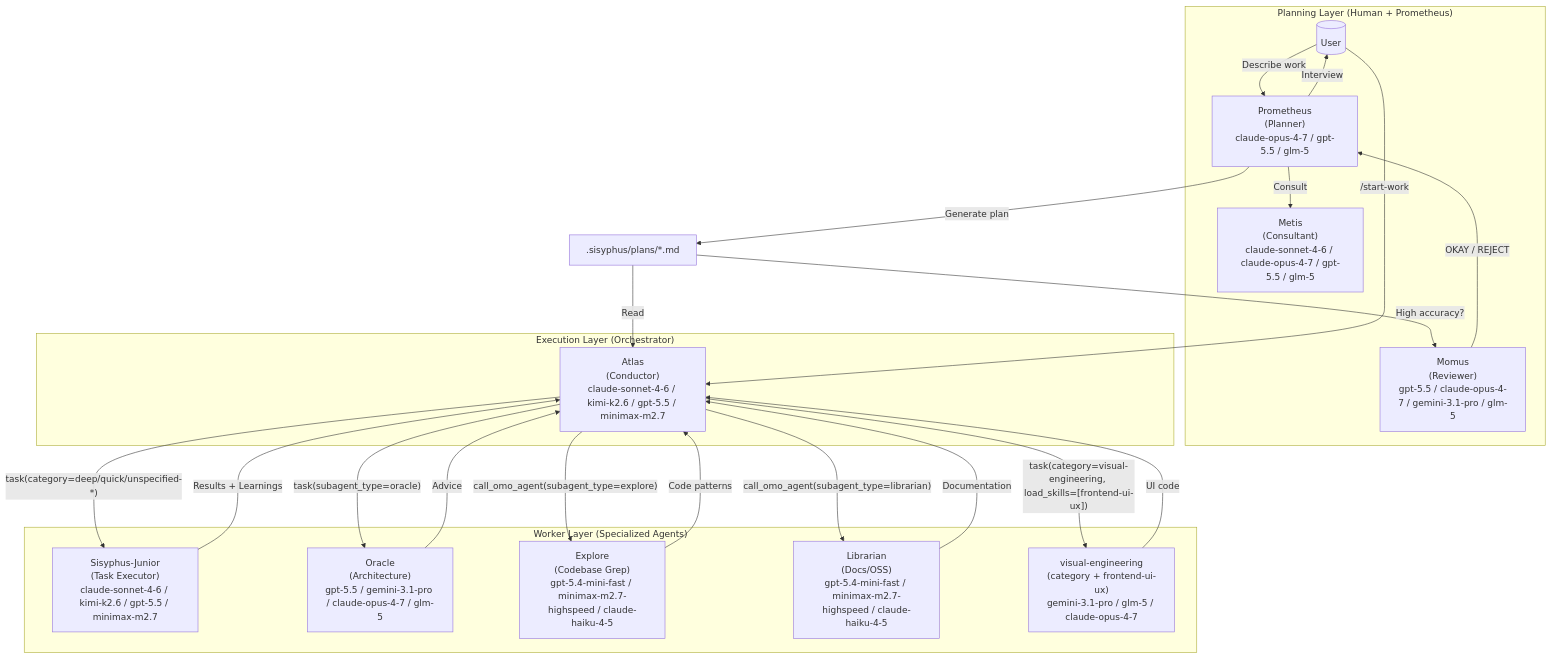
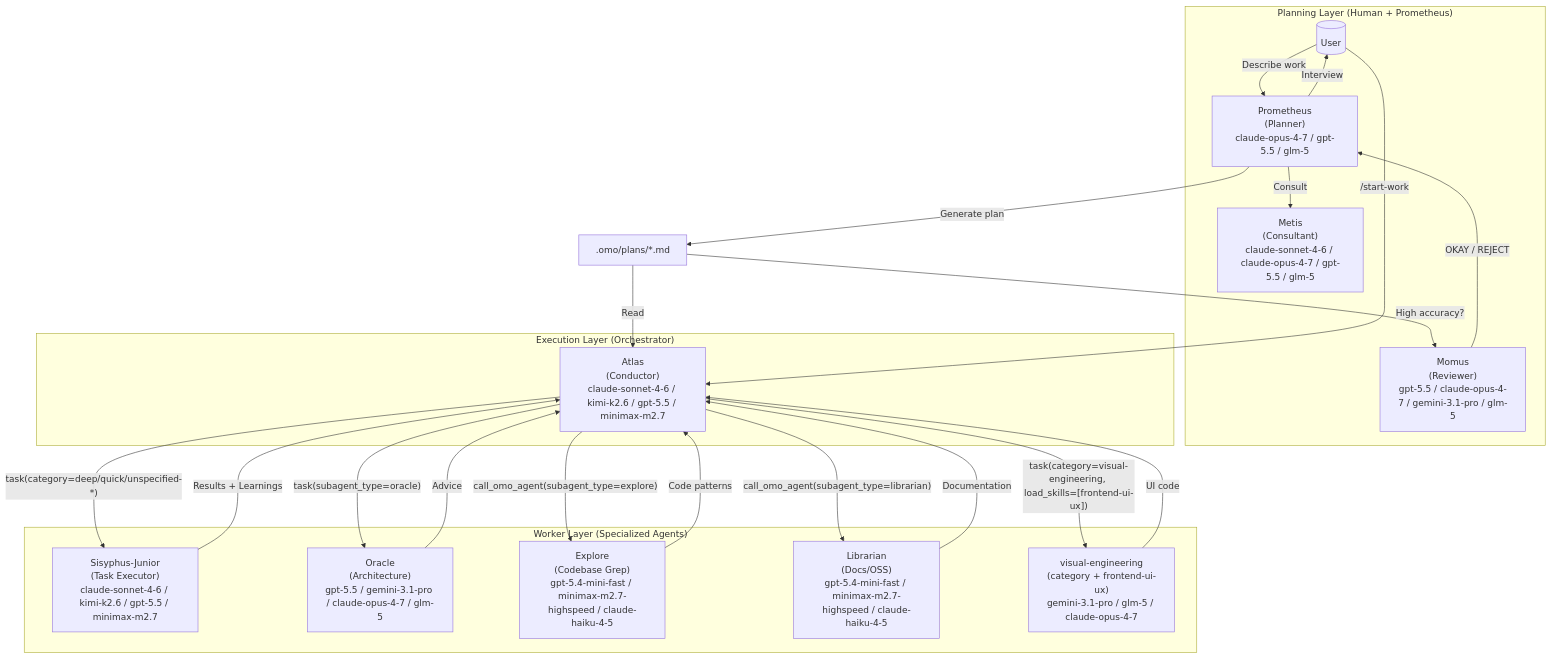
The first of 3 diagrams in docs/guide/orchestration.md (code-yeongyu/oh-my-openagent), drawn with Mermaid before and after one commit. The commit also changed other lines of this file and 13 other files, not shown here.

````diff
--- a/docs/guide/orchestration.md
+++ b/docs/guide/orchestration.md
@@ -34,43 +34,43 @@
 ```mermaid
 flowchart TB
     subgraph Planning["Planning Layer (Human + Prometheus)"]
         User[(" User")]
         Prometheus[" Prometheus<br/>(Planner)<br/>claude-opus-4-7 / gpt-5.5 / glm-5"]
         Metis[" Metis<br/>(Consultant)<br/>claude-sonnet-4-6 / claude-opus-4-7 / gpt-5.5 / glm-5"]
         Momus[" Momus<br/>(Reviewer)<br/>gpt-5.5 / claude-opus-4-7 / gemini-3.1-pro / glm-5"]
     end
 
     subgraph Execution["Execution Layer (Orchestrator)"]
         Orchestrator[" Atlas<br/>(Conductor)<br/>claude-sonnet-4-6 / kimi-k2.6 / gpt-5.5 / minimax-m2.7"]
     end
 
     subgraph Workers["Worker Layer (Specialized Agents)"]
         Junior[" Sisyphus-Junior<br/>(Task Executor)<br/>claude-sonnet-4-6 / kimi-k2.6 / gpt-5.5 / minimax-m2.7"]
         Oracle[" Oracle<br/>(Architecture)<br/>gpt-5.5 / gemini-3.1-pro / claude-opus-4-7 / glm-5"]
         Explore[" Explore<br/>(Codebase Grep)<br/>gpt-5.4-mini-fast / minimax-m2.7-highspeed / claude-haiku-4-5"]
         Librarian[" Librarian<br/>(Docs/OSS)<br/>gpt-5.4-mini-fast / minimax-m2.7-highspeed / claude-haiku-4-5"]
         Frontend[" visual-engineering<br/>(category + frontend-ui-ux)<br/>gemini-3.1-pro / glm-5 / claude-opus-4-7"]
     end
 
     User -->|"Describe work"| Prometheus
     Prometheus -->|"Consult"| Metis
     Prometheus -->|"Interview"| User
-    Prometheus -->|"Generate plan"| Plan[".sisyphus/plans/*.md"]
+    Prometheus -->|"Generate plan"| Plan[".omo/plans/*.md"]
     Plan -->|"High accuracy?"| Momus
     Momus -->|"OKAY / REJECT"| Prometheus
 
     User -->|"/start-work"| Orchestrator
     Plan -->|"Read"| Orchestrator
 
     Orchestrator -->|"task(category=deep/quick/unspecified-*)"| Junior
     Orchestrator -->|"task(subagent_type=oracle)"| Oracle
     Orchestrator -->|"call_omo_agent(subagent_type=explore)"| Explore
     Orchestrator -->|"call_omo_agent(subagent_type=librarian)"| Librarian
     Orchestrator -->|"task(category=visual-engineering, load_skills=[frontend-ui-ux])"| Frontend
 
     Junior -->|"Results + Learnings"| Orchestrator
     Oracle -->|"Advice"| Orchestrator
     Explore -->|"Code patterns"| Orchestrator
     Librarian -->|"Documentation"| Orchestrator
     Frontend -->|"UI code"| Orchestrator
 ```
````
